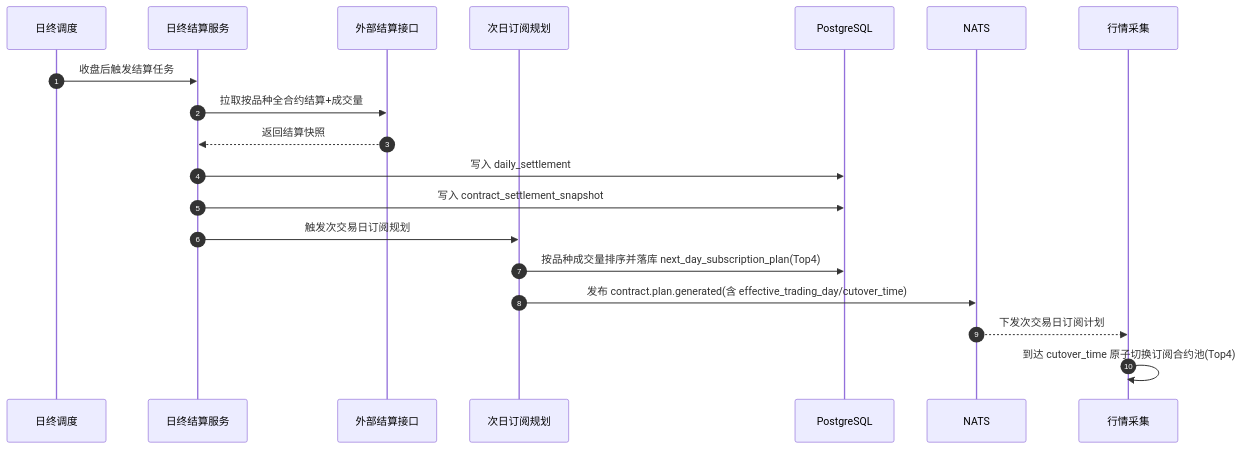
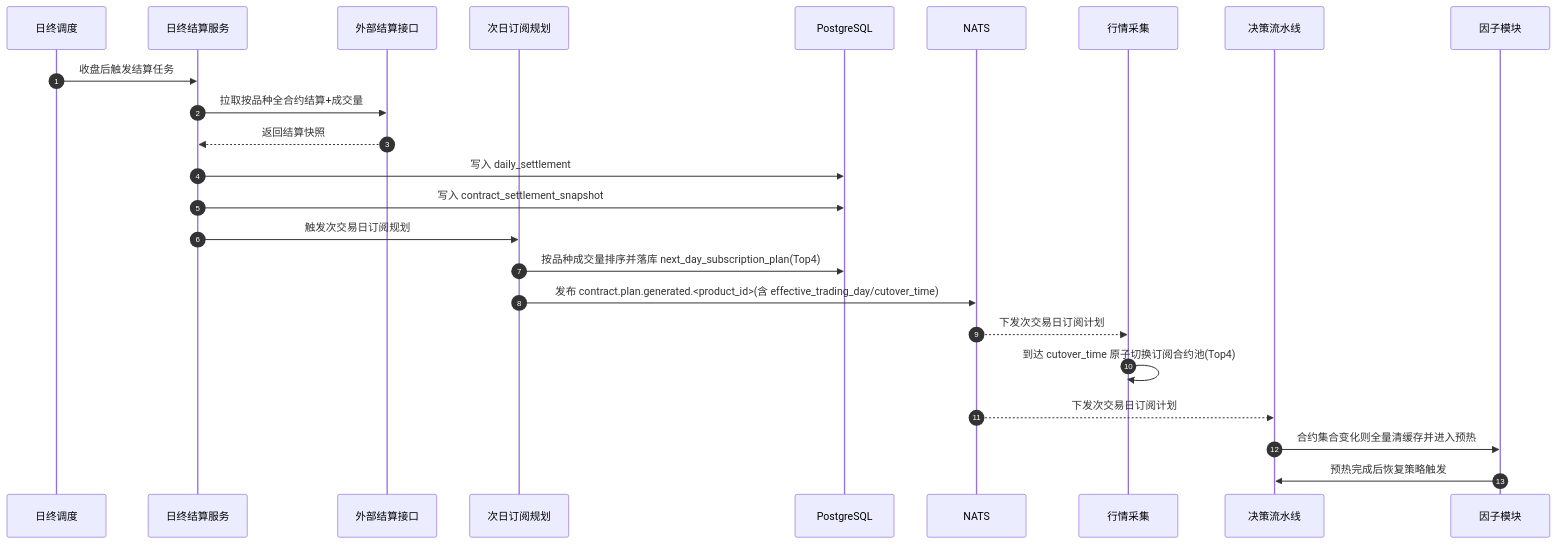
The third of 3 diagrams in docs/requirements/03_technical_architecture_diagram.md (lancewliang/vnpy_hft), drawn with Mermaid before and after one commit. The commit also changed other lines of this file and 5 other files, not shown here.

````diff
--- a/docs/requirements/03_technical_architecture_diagram.md
+++ b/docs/requirements/03_technical_architecture_diagram.md
@@ -116,25 +124,30 @@
 ```mermaid
 sequenceDiagram
     autonumber
     participant SCH as 日终调度
     participant SS as 日终结算服务
     participant API as 外部结算接口
     participant CSP as 次日订阅规划
     participant PG as PostgreSQL
     participant MQ as NATS
     participant MC as 行情采集
+    participant DP as 决策流水线
+    participant FE as 因子模块
 
     SCH->>SS: 收盘后触发结算任务
     SS->>API: 拉取按品种全合约结算+成交量
     API-->>SS: 返回结算快照
 
     SS->>PG: 写入 daily_settlement
     SS->>PG: 写入 contract_settlement_snapshot
     SS->>CSP: 触发次交易日订阅规划
 
     CSP->>PG: 按品种成交量排序并落库 next_day_subscription_plan(Top4)
-    CSP->>MQ: 发布 contract.plan.generated(含 effective_trading_day/cutover_time)
+    CSP->>MQ: 发布 contract.plan.generated.<product_id>(含 effective_trading_day/cutover_time)
 
     MQ-->>MC: 下发次交易日订阅计划
     MC->>MC: 到达 cutover_time 原子切换订阅合约池(Top4)
+    MQ-->>DP: 下发次交易日订阅计划
+    DP->>FE: 合约集合变化则全量清缓存并进入预热
+    FE->>DP: 预热完成后恢复策略触发
 ```
````
